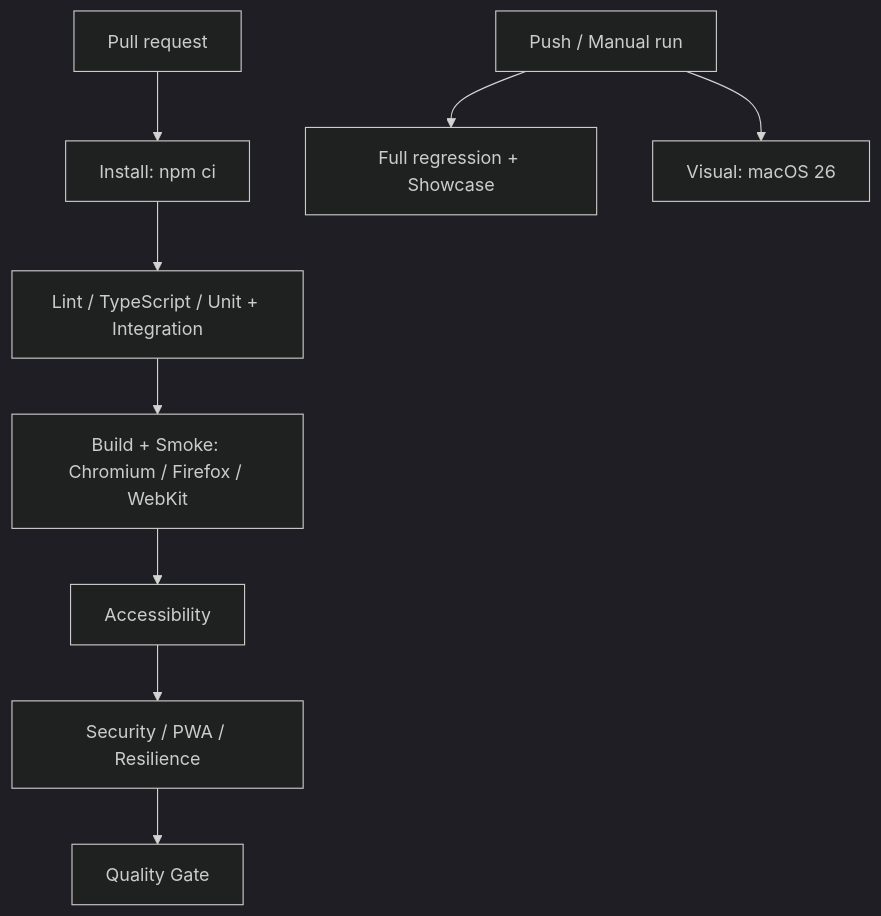
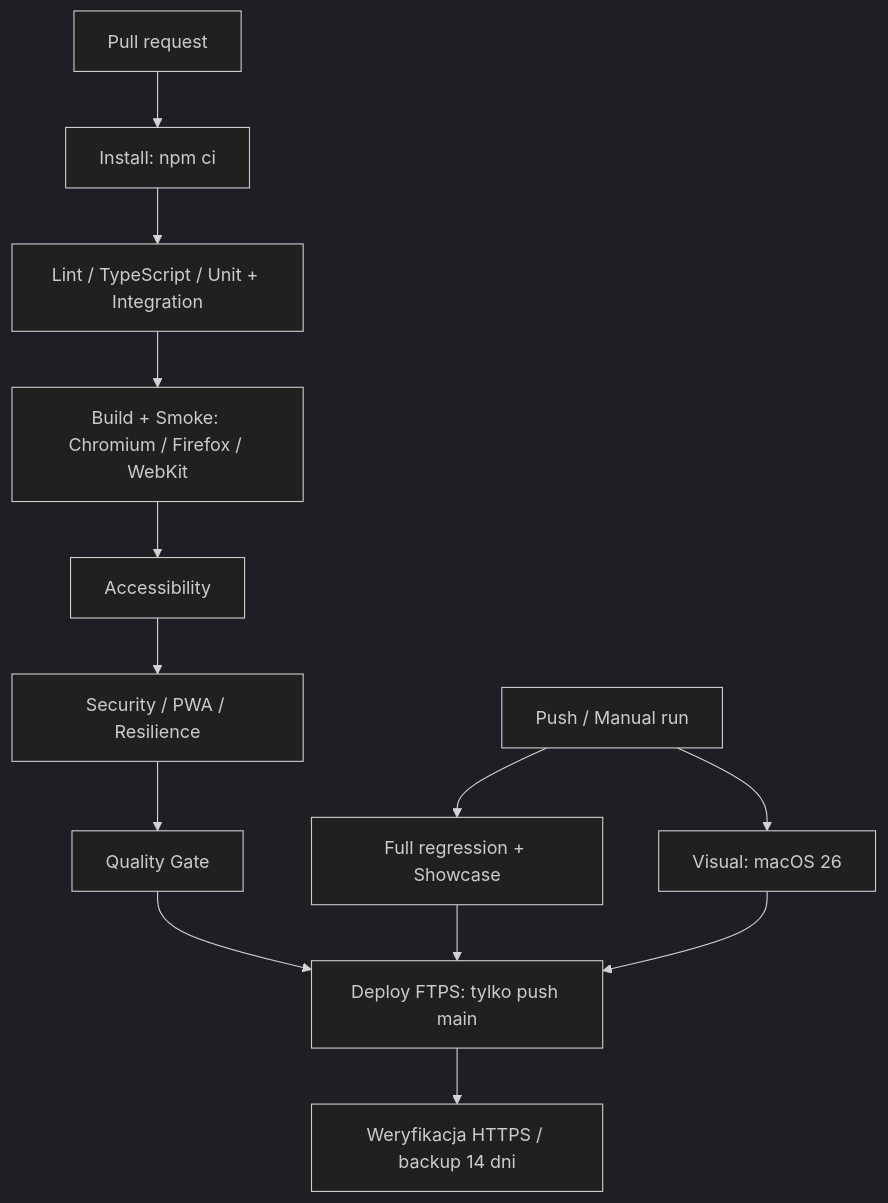
The diagram in README.md (logip87/jedna-kula), drawn with Mermaid (dark theme) before and after one commit. The commit also changed other lines of this file and 5 other files, not shown here.

Commit message:
Deploy production through FTPS after successful CI

````diff
--- a/README.md
+++ b/README.md
@@ -63,11 +63,15 @@
 ```mermaid
 flowchart TD
   PR[Pull request] --> I[Install: npm ci]
   I --> U[Lint / TypeScript / Unit + Integration]
   U --> P[Build + Smoke: Chromium / Firefox / WebKit]
   P --> A[Accessibility]
   A --> S[Security / PWA / Resilience]
   S --> Q[Quality Gate]
   M[Push / Manual run] --> F[Full regression + Showcase]
   M --> V[Visual: macOS 26]
+  Q --> D[Deploy FTPS: tylko push main]
+  F --> D
+  V --> D
+  D --> H[Weryfikacja HTTPS / backup 14 dni]
 ```
````
